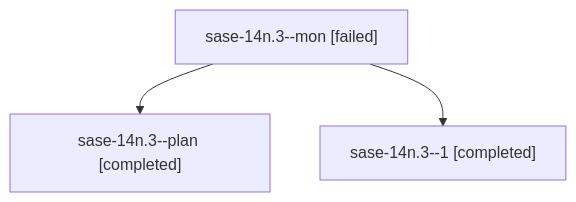
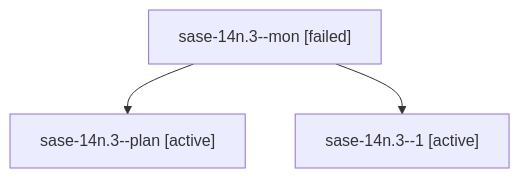
The diagram in families/bbugyi200.athena.sase-14n.3.md (sase-org/sase--agents), drawn with Mermaid before and after one commit. The commit also changed other lines of this file and 35830 other files, not shown here.

````diff
--- a/families/bbugyi200.athena.sase-14n.3.md
+++ b/families/bbugyi200.athena.sase-14n.3.md
@@ -9,8 +9,8 @@
 ```mermaid
 flowchart TD
   n0["sase-14n.3--mon [failed]"]
-  n1["sase-14n.3--plan [completed]"]
+  n1["sase-14n.3--plan [active]"]
   n0 --> n1
-  n2["sase-14n.3--1 [completed]"]
+  n2["sase-14n.3--1 [active]"]
   n0 --> n2
 ```
````
